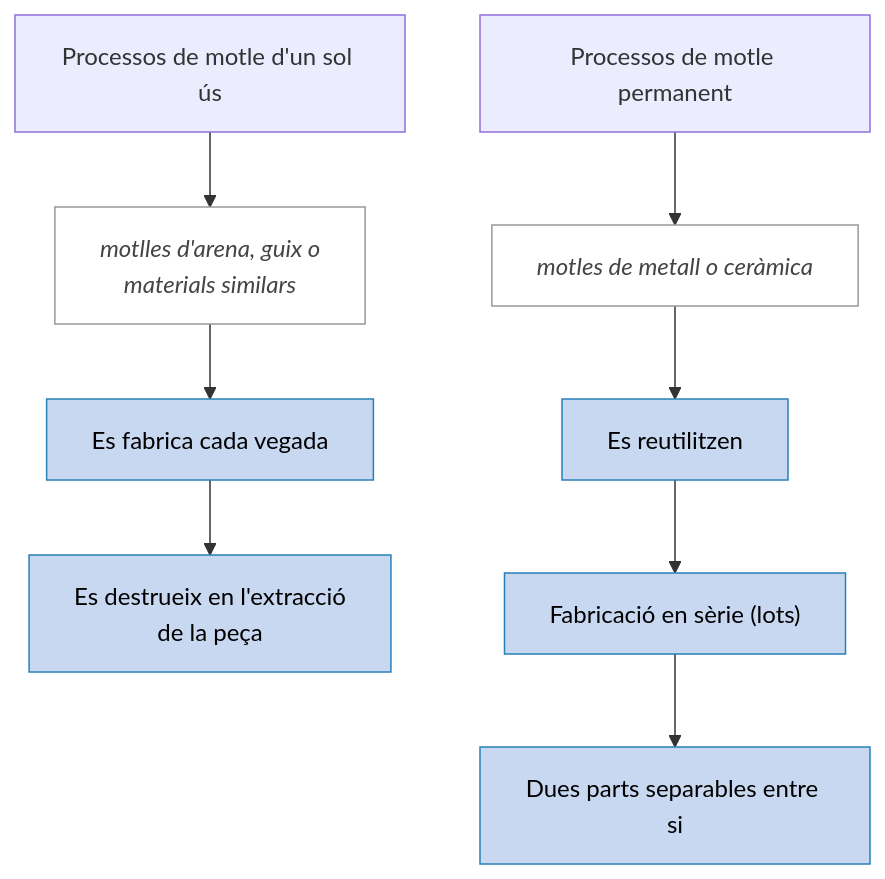
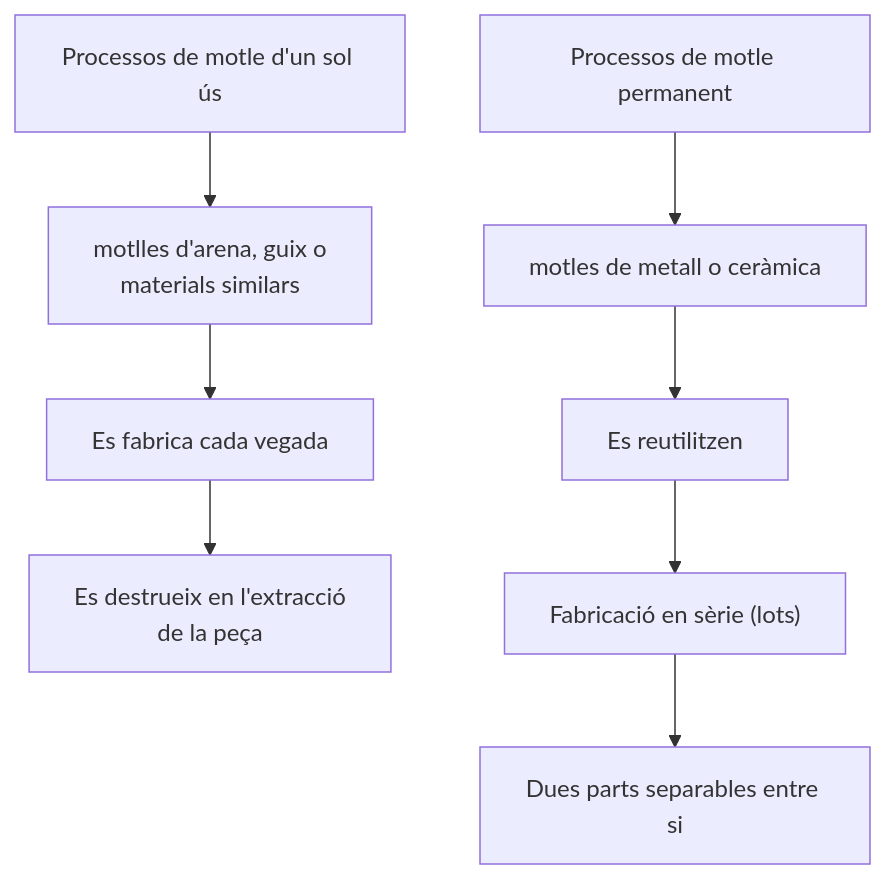
One commit to jmuozan/protumentation changed the third of 3 diagrams in docs/temaris/motles/motlles.md. Above: the diagram before and after it, drawn with Mermaid. The commit also changed other lines of this file and 19 other files, not shown here.

````diff
--- a/docs/temaris/motles/motlles.md
+++ b/docs/temaris/motles/motlles.md
@@ -65,16 +65,13 @@
 ``` mermaid
 graph TB
     A["Processos de motle d'un sol ús"]:::desechable
     A --> B["motlles d'arena, guix o<br>materials similars"]:::material
     B --> C["Es fabrica cada vegada"]:::feature
     C --> D["Es destrueix en l'extracció<br>de la peça"]:::feature
 
     E["Processos de motle permanent"]:::permanent
     E --> F["motles de metall o ceràmica"]:::material
     F --> G["Es reutilitzen"]:::feature
     G --> H["Fabricació en sèrie (lots)"]:::feature
     H --> I["Dues parts separables entre si"]:::feature
-
-    classDef material fill:#ffffff,stroke:#999,color:#444,font-style:italic
-    classDef feature fill:#c8d8f0,stroke:#2980b9,color:#000
 ```
````
